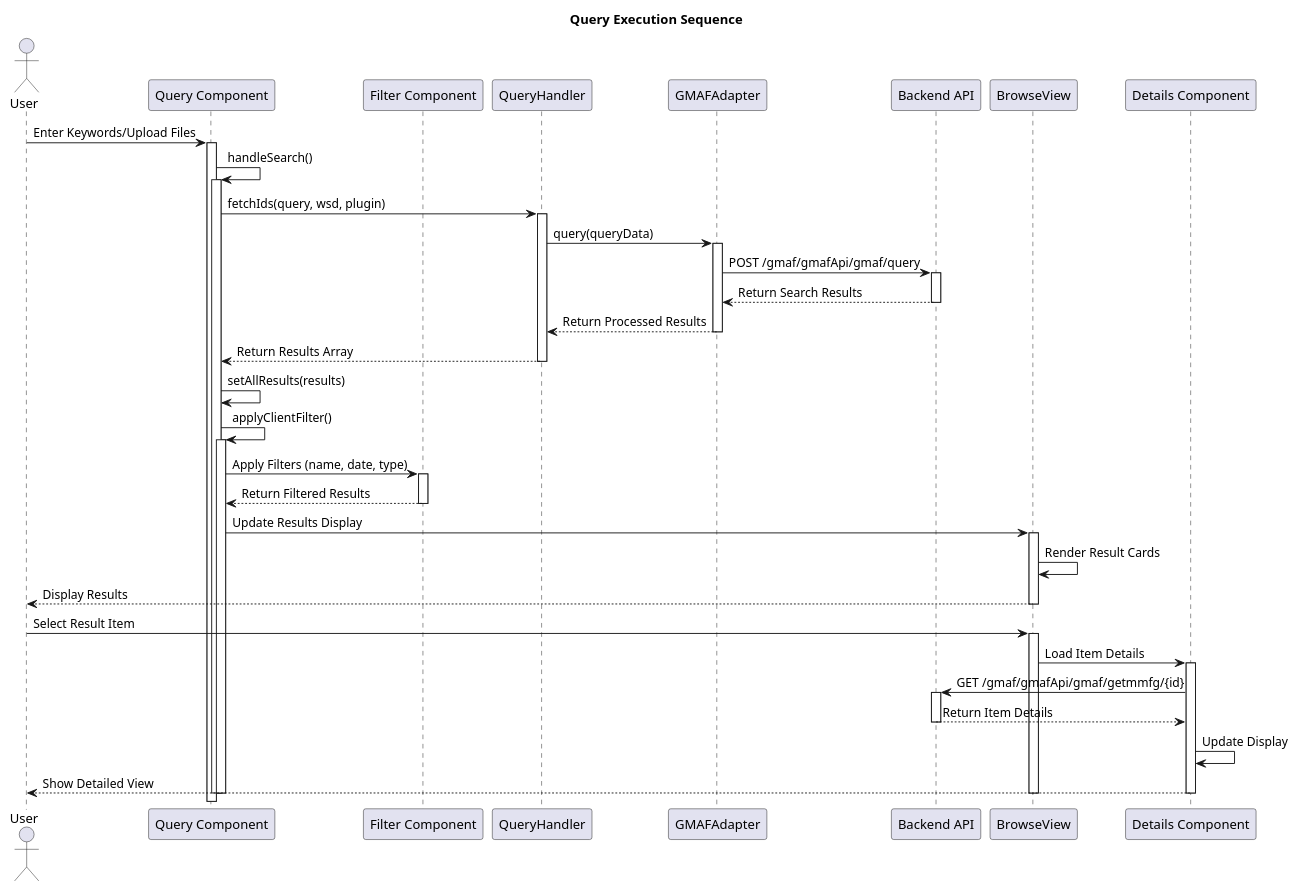
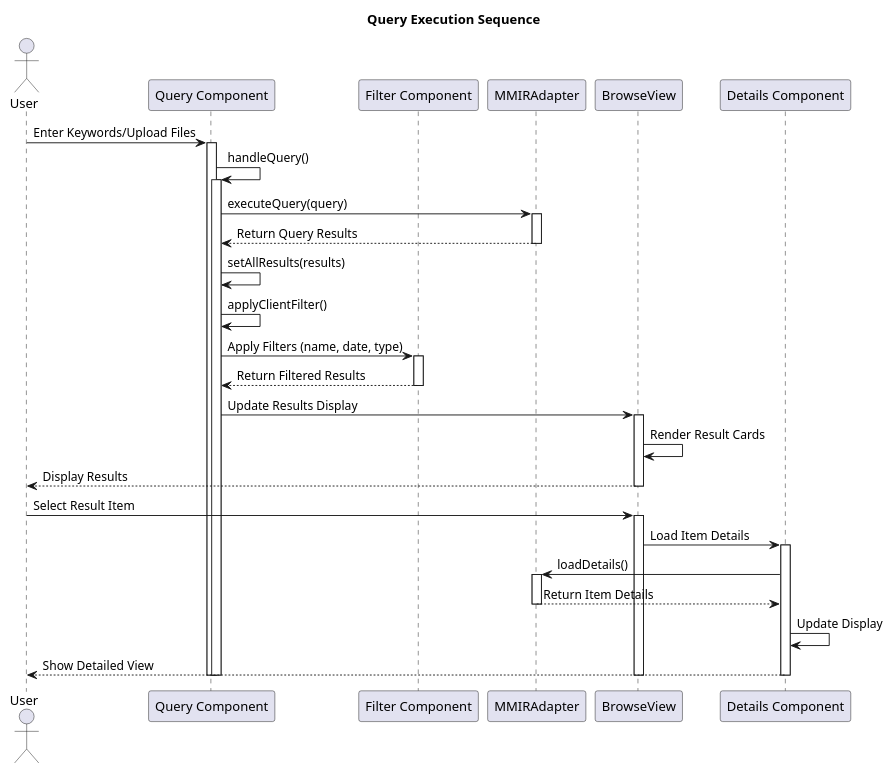
Before and after one commit to marquies/gmaf-mvr-webui-prototype: the diagram in src/docs/query-sequence.puml, drawn with PlantUML. The commit also changed 1 other file, not shown here.

```diff
--- a/src/docs/query-sequence.puml
+++ b/src/docs/query-sequence.puml
@@ -1,69 +1,54 @@
 @startuml
 title Query Execution Sequence
 
 actor User
 participant "Query Component" as Query
 participant "Filter Component" as Filter
-participant "QueryHandler" as Handler
-participant "GMAFAdapter" as GMAF
-participant "Backend API" as API
+participant "MMIRAdapter" as GMAF
 participant "BrowseView" as Browse
 participant "Details Component" as Details
 
 User -> Query: Enter Keywords/Upload Files
 activate Query
 
-Query -> Query: handleSearch()
+Query -> Query: handleQuery()
 activate Query
-Query -> Handler: fetchIds(query, wsd, plugin)
-activate Handler
-
-Handler -> GMAF: query(queryData)
+Query -> GMAF: executeQuery(query)
 activate GMAF
-
-GMAF -> API: POST /gmaf/gmafApi/gmaf/query
-activate API
-API --> GMAF: Return Search Results
-deactivate API
-
-GMAF --> Handler: Return Processed Results
+GMAF --> Query: Return Query Results
 deactivate GMAF
 
-Handler --> Query: Return Results Array
-deactivate Handler
 
 Query -> Query: setAllResults(results)
 Query -> Query: applyClientFilter()
-activate Query
-
 Query -> Filter: Apply Filters (name, date, type)
 activate Filter
 Filter --> Query: Return Filtered Results
 deactivate Filter
 
 Query -> Browse: Update Results Display
 activate Browse
 Browse -> Browse: Render Result Cards
 Browse --> User: Display Results
 deactivate Browse
 
 User -> Browse: Select Result Item
 activate Browse
 
 Browse -> Details: Load Item Details
 activate Details
 
-Details -> API: GET /gmaf/gmafApi/gmaf/getmmfg/{id}
-activate API
-API --> Details: Return Item Details
-deactivate API
+Details -> GMAF: loadDetails()
+activate GMAF
+GMAF --> Details: Return Item Details
+deactivate GMAF
 
 Details -> Details: Update Display
 Details --> User: Show Detailed View
 deactivate Details
 
 deactivate Browse
 deactivate Query
 deactivate Query
 
 @enduml
```
